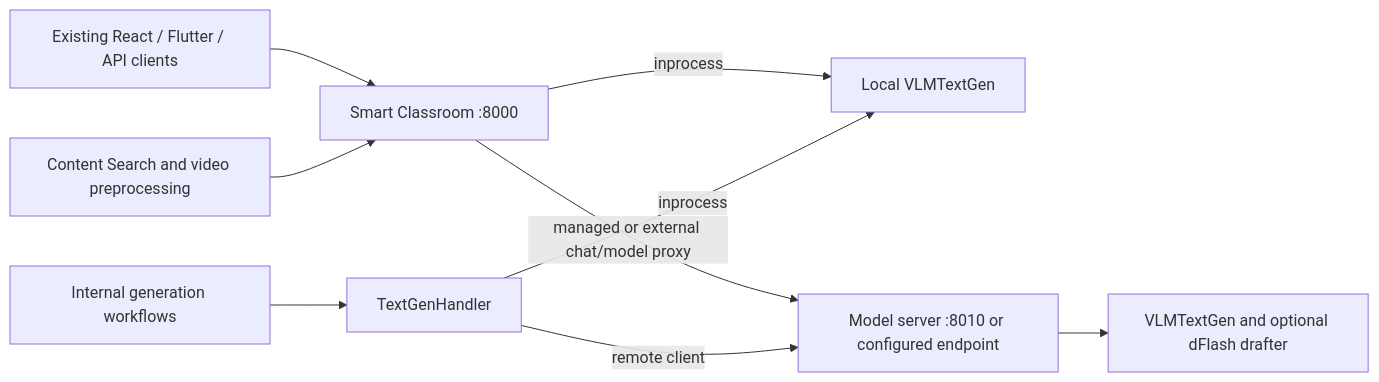
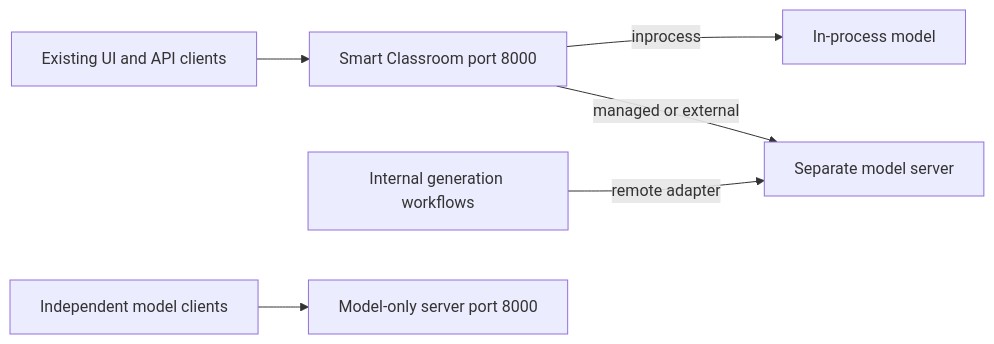
Before and after one commit to tingjiec/edge-ai-suites: the diagram in education-ai-suite/smart-classroom/docs/dev-guide/vlm-llm-model/edu-ai-VLM-LLM-model-upgrade-design.md, drawn with Mermaid. The commit also changed other lines of this file and 1 other file, not shown here.

Commit message:
Refactor the design document for model upgrade

````diff
--- a/education-ai-suite/smart-classroom/docs/dev-guide/vlm-llm-model/edu-ai-VLM-LLM-model-upgrade-design.md
+++ b/education-ai-suite/smart-classroom/docs/dev-guide/vlm-llm-model/edu-ai-VLM-LLM-model-upgrade-design.md
@@ -20,11 +60,8 @@
 ```mermaid
 flowchart LR
-  UI[Existing React / Flutter / API clients] --> APP[Smart Classroom :8000]
-  CS[Content Search and video preprocessing] --> APP
-  APP -- inprocess --> LOCAL[Local VLMTextGen]
-  APP -- managed or external chat/model proxy --> MS[Model server :8010 or configured endpoint]
-  WF[Internal generation workflows] --> H[TextGenHandler]
-  H -- inprocess --> LOCAL
-  H -- remote client --> MS
-  MS --> ENGINE[VLMTextGen and optional dFlash drafter]
+  Clients[Existing UI and API clients] --> App[Smart Classroom port 8000]
+  App -- inprocess --> Local[In-process model]
+  App -- managed or external --> Server[Separate model server]
+  Workflows[Internal generation workflows] -- remote adapter --> Server
+  Direct[Independent model clients] --> Standalone[Model-only server port 8000]
 ```
````
